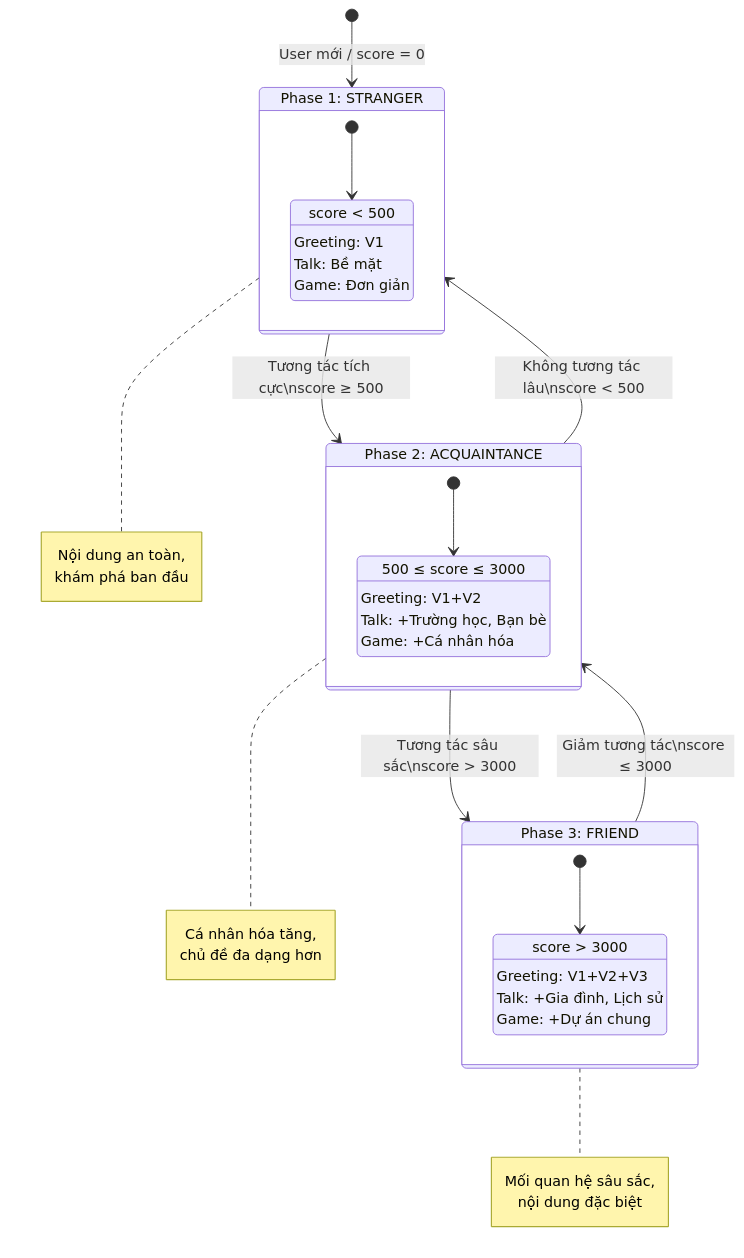
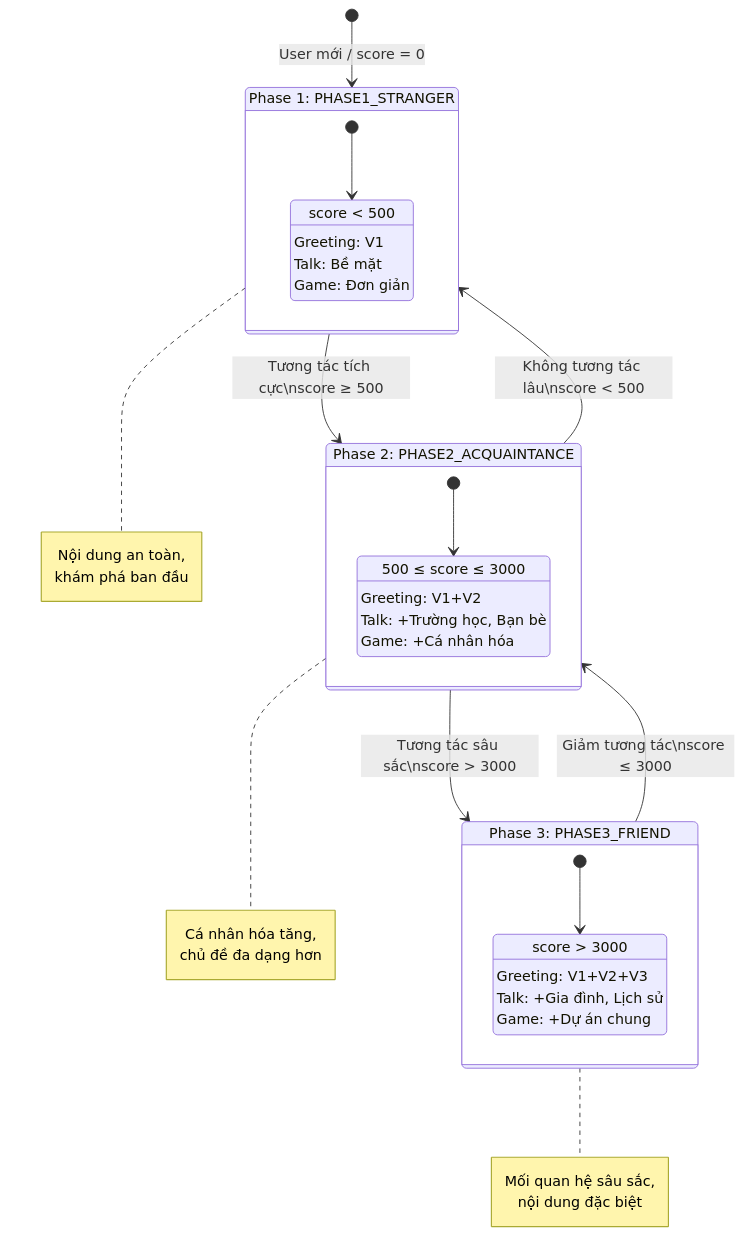
One commit to DoanNgocCuong/context-handling-bigmodule_PikaRobot_25112025 changed the eighth of 9 diagrams in docs/1_TaiLieuRobot_T2_24112025 - Robot/Tài liệu 3.100 - V1 - Tài liệu tổng toàn bộ - Module Context Handling_25112025.md. Above: the diagram before and after it, drawn with Mermaid. The commit also changed other lines of this file and 35 other files, not shown here.

First line of the commit message:
[update name: STRANGER - ACQUAINTANCE - FRIEND]

````diff
--- a/docs/1_TaiLieuRobot_T2_24112025 - Robot/Tài liệu 3.100 - V1 - Tài liệu tổng toàn bộ - Module Context Handling_25112025.md
+++ b/docs/1_TaiLieuRobot_T2_24112025 - Robot/Tài liệu 3.100 - V1 - Tài liệu tổng toàn bộ - Module Context Handling_25112025.md
@@ -525,44 +525,44 @@
 ```mermaid
 stateDiagram-v2
     [*] --> Stranger: User mới / score = 0
 
-    state "Phase 1: STRANGER" as Stranger {
+    state "Phase 1: PHASE1_STRANGER" as Stranger {
         [*] --> StateS
         StateS: score < 500
         StateS: Greeting: V1\nTalk: Bề mặt\nGame: Đơn giản
     }
 
-    state "Phase 2: ACQUAINTANCE" as Acquaintance {
+    state "Phase 2: PHASE2_ACQUAINTANCE" as Acquaintance {
         [*] --> StateA
         StateA: 500 ≤ score ≤ 3000
         StateA: Greeting: V1+V2\nTalk: +Trường học, Bạn bè\nGame: +Cá nhân hóa
     }
 
-    state "Phase 3: FRIEND" as Friend {
+    state "Phase 3: PHASE3_FRIEND" as Friend {
         [*] --> StateF
         StateF: score > 3000
         StateF: Greeting: V1+V2+V3\nTalk: +Gia đình, Lịch sử\nGame: +Dự án chung
     }
 
     Stranger --> Acquaintance: Tương tác tích cực\nscore ≥ 500
     Acquaintance --> Friend: Tương tác sâu sắc\nscore > 3000
 
     Acquaintance --> Stranger: Không tương tác lâu\nscore < 500
     Friend --> Acquaintance: Giảm tương tác\nscore ≤ 3000
 
     note right of Stranger
         Nội dung an toàn,
         khám phá ban đầu
     end note
 
     note right of Acquaintance
         Cá nhân hóa tăng,
         chủ đề đa dạng hơn
     end note
 
     note right of Friend
         Mối quan hệ sâu sắc,
         nội dung đặc biệt
     end note
 
 ```
````
